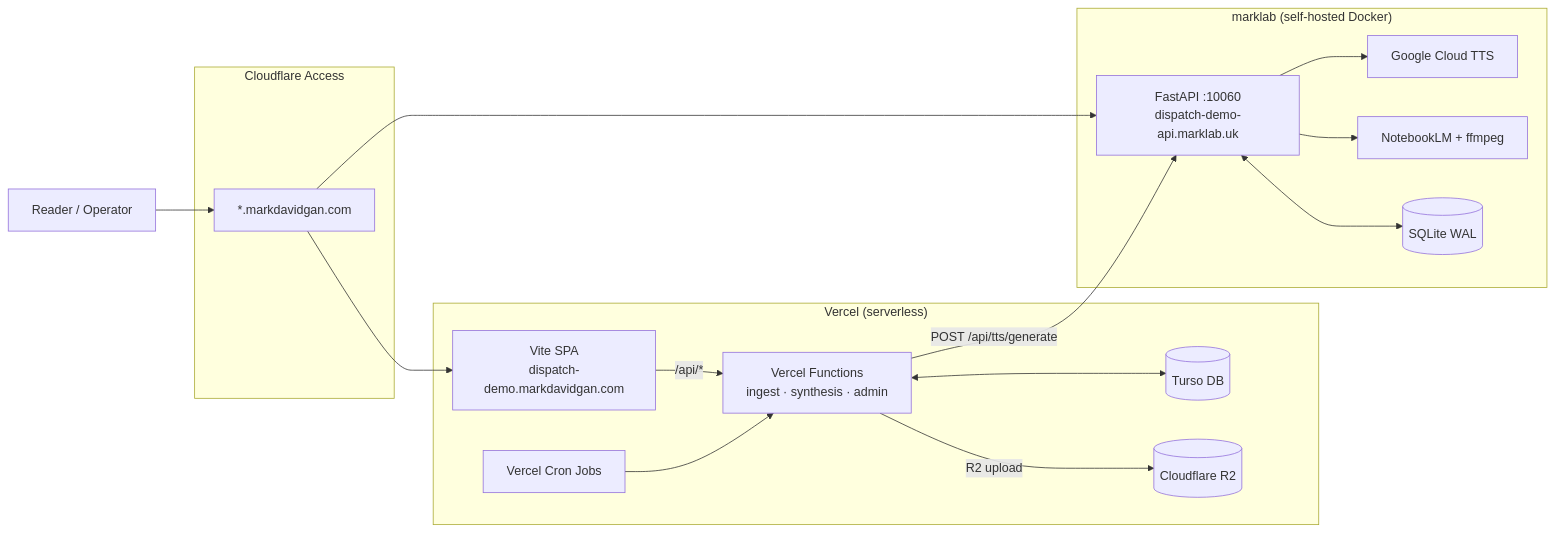
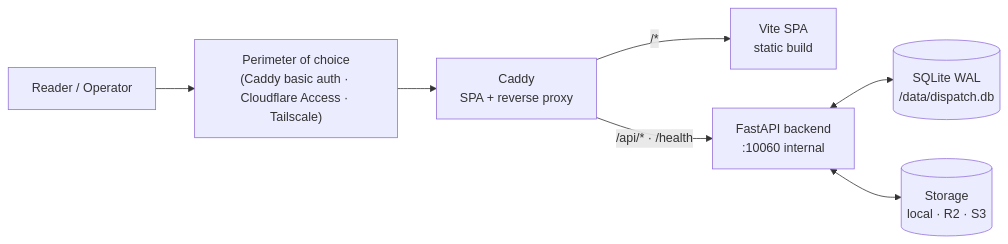
The first of 3 diagrams in docs/architecture/DEPLOYMENT.md (markdavidgan/dispatch), drawn with Mermaid before and after one commit. The commit also changed other lines of this file and 4 other files, not shown here.

First line of the commit message:
docs(architecture): restructure docs around two deployment modes

````diff
--- a/docs/architecture/DEPLOYMENT.md
+++ b/docs/architecture/DEPLOYMENT.md
@@ -11,35 +19,16 @@
 ```mermaid
 flowchart LR
     user["Reader / Operator"]
+    perimeter["Perimeter of choice<br/>(Caddy basic auth · Cloudflare Access · Tailscale)"]
+    caddy["Caddy<br/>SPA + reverse proxy"]
+    spa["Vite SPA<br/>static build"]
+    api["FastAPI backend<br/>:10060 internal"]
+    db[("SQLite WAL<br/>/data/dispatch.db")]
+    storage[("Storage<br/>local · R2 · S3")]
 
-    subgraph access["Cloudflare Access"]
-        cfa["*.markdavidgan.com"]
-    end
-
-    subgraph vercel["Vercel (serverless)"]
-        spa["Vite SPA<br/>dispatch-demo.markdavidgan.com"]
-        api["Vercel Functions<br/>ingest · synthesis · admin"]
-        cron["Vercel Cron Jobs"]
-        turso[("Turso DB")]
-        r2[("Cloudflare R2")]
-    end
-
-    subgraph marklab["marklab (self-hosted Docker)"]
-        be["FastAPI :10060<br/>dispatch-demo-api.marklab.uk"]
-        gcp["Google Cloud TTS"]
-        nlm["NotebookLM + ffmpeg"]
-        sqlite[("SQLite WAL")]
-    end
-
-    user --> cfa
-    cfa --> spa
-    cfa --> be
-    spa -->|"/api/*"| api
-    api <--> turso
-    api -->|"POST /api/tts/generate"| be
-    api -->|"R2 upload"| r2
-    cron --> api
-    be --> gcp
-    be --> nlm
-    be <--> sqlite
+    user --> perimeter --> caddy
+    caddy -->|"/*"| spa
+    caddy -->|"/api/* · /health"| api
+    api <--> db
+    api <--> storage
 ```
````
